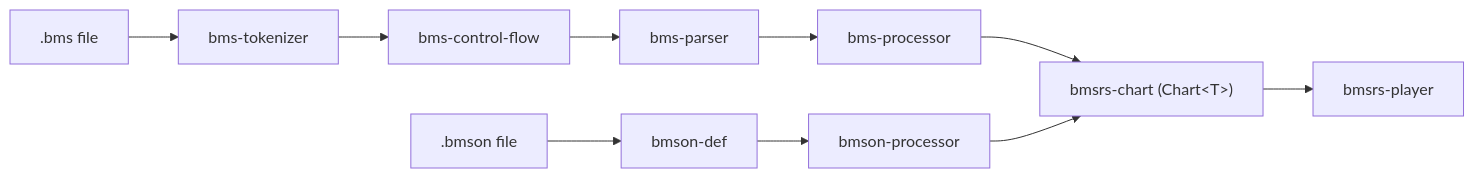
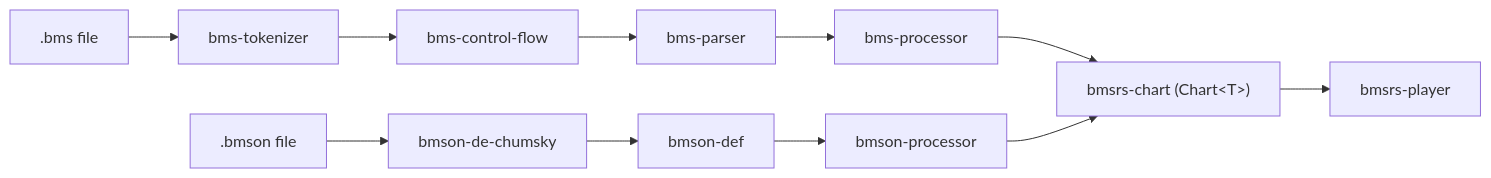
The diagram in AGENTS.md (brightmeows/bmsrs), drawn with Mermaid before and after one commit. The commit also changed other lines of this file and 1 other file, not shown here.

````diff
--- a/AGENTS.md
+++ b/AGENTS.md
@@ -40,14 +40,15 @@
 ```mermaid
 flowchart LR
     BMS[".bms file"] --> Tok[bms-tokenizer]
     Tok --> CF[bms-control-flow]
     CF --> Par[bms-parser]
     Par --> BProc[bms-processor]
 
-    BMSON[".bmson file"] --> BDef[bmson-def]
+    BMSON[".bmson file"] --> DeChumsky[bmson-de-chumsky]
+    DeChumsky --> BDef[bmson-def]
     BDef --> BMProc[bmson-processor]
 
     BProc --> Chart["bmsrs-chart (Chart&lt;T&gt;)"]
     BMProc --> Chart
     Chart --> Player[bmsrs-player]
 ```
````
